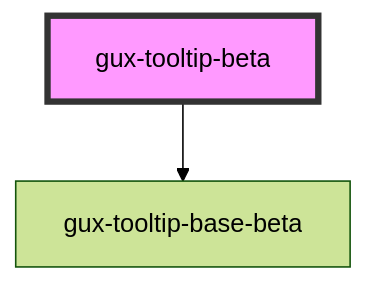
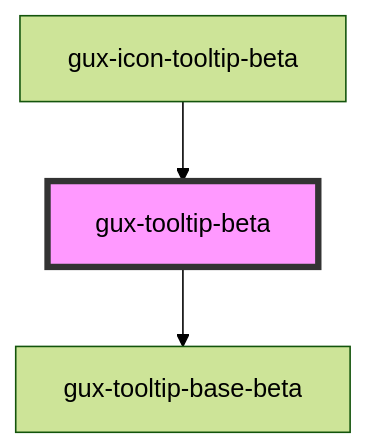
The diagram in packages/genesys-spark-components/src/components/beta/gux-tooltip-beta/readme.md (MyPureCloud/genesys-spark), drawn with Mermaid (forest theme) before and after one commit. The commit also changed other lines of this file and 106 other files, not shown here.

First line of the commit message:
feat(icon-tooltip): Add icon tooltip and label info for forms

````diff
--- a/packages/genesys-spark-components/src/components/beta/gux-tooltip-beta/readme.md
+++ b/packages/genesys-spark-components/src/components/beta/gux-tooltip-beta/readme.md
@@ -72,5 +76,6 @@
 ```mermaid
 graph TD;
   gux-tooltip-beta --> gux-tooltip-base-beta
+  gux-icon-tooltip-beta --> gux-tooltip-beta
   style gux-tooltip-beta fill:#f9f,stroke:#333,stroke-width:4px
 ```
````
